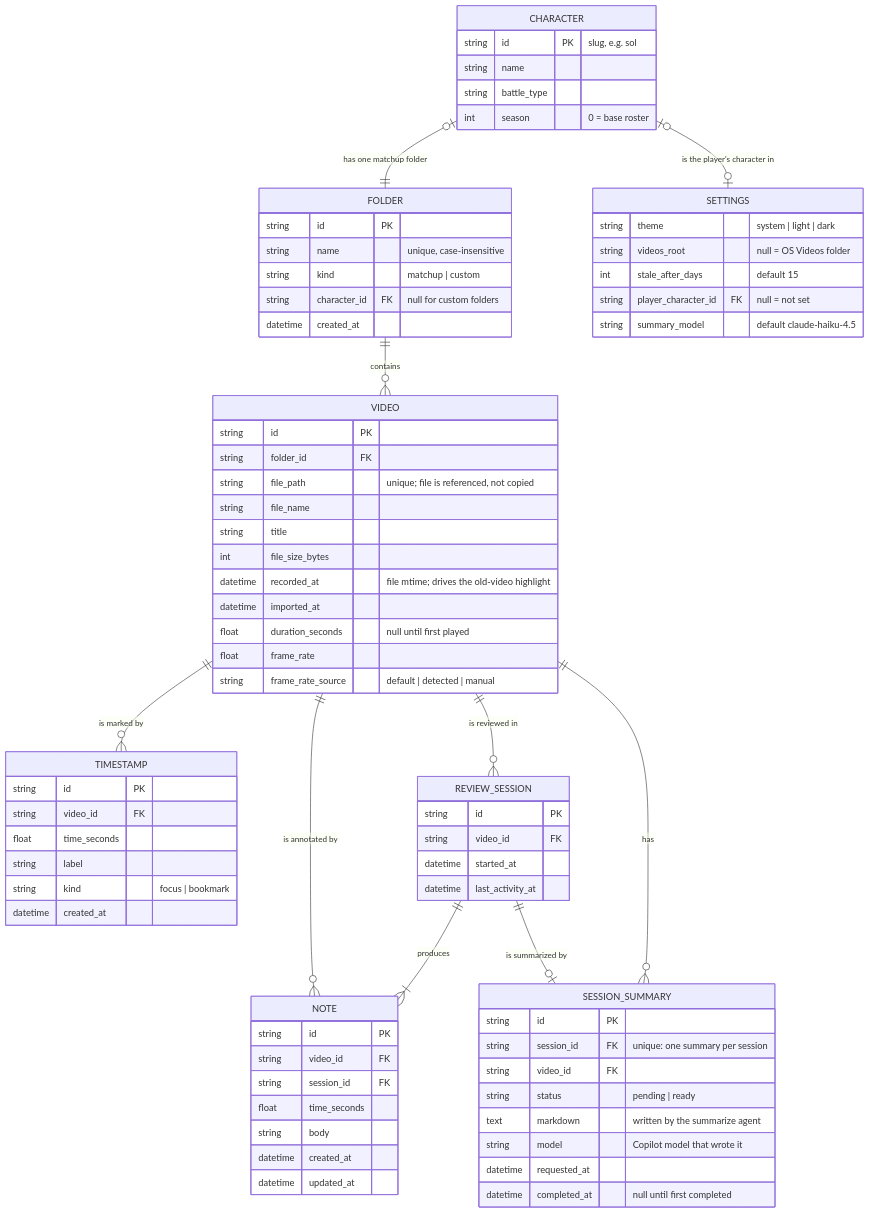
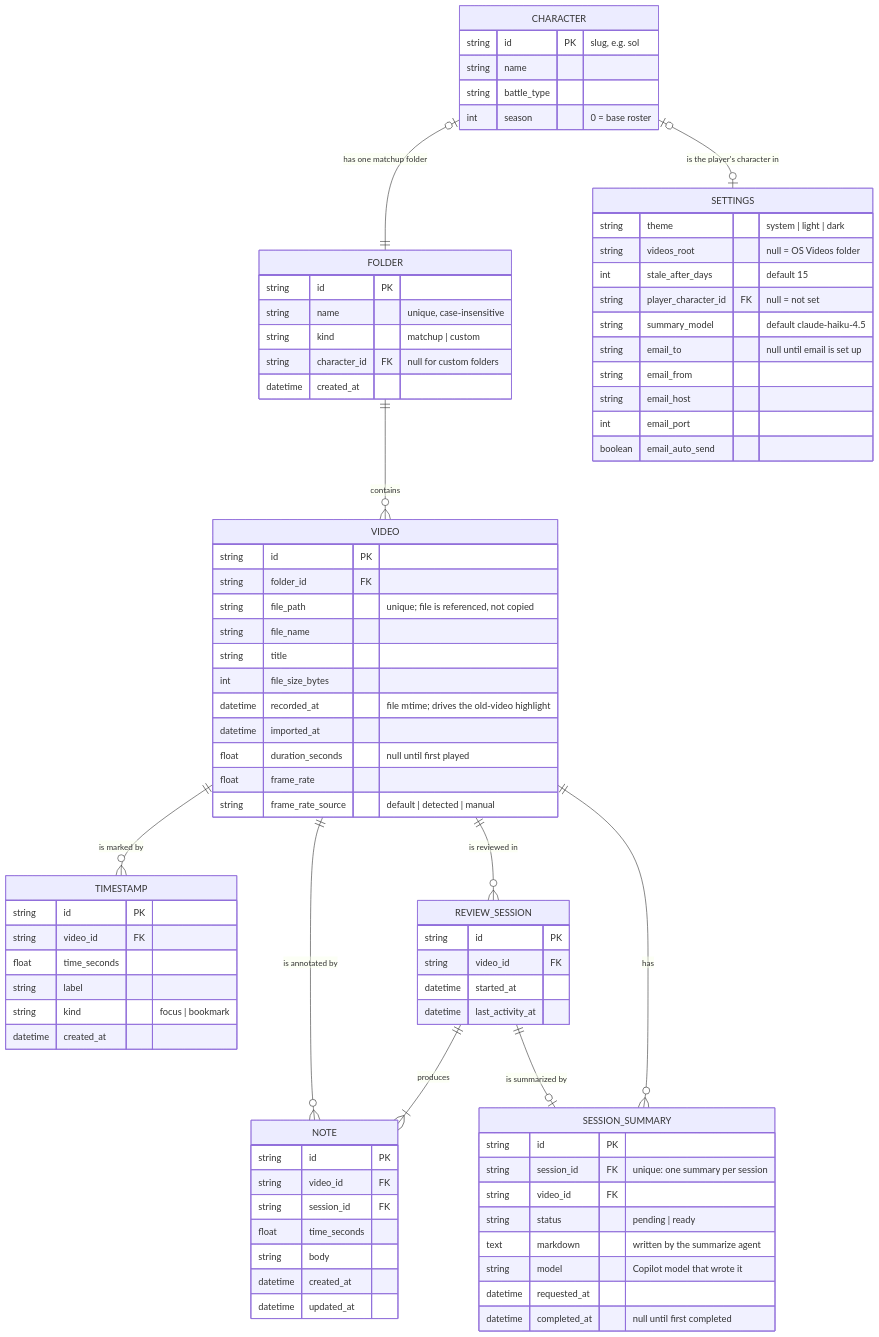
One commit to cynic04/vod-reviewer changed the diagram in docs/data-model.md. Above: the diagram before and after it, drawn with Mermaid. The commit also changed other lines of this file and 6 other files, not shown here.

Commit message:
docs: document summary emails, schema v3 and recent UI changes

````diff
--- a/docs/data-model.md
+++ b/docs/data-model.md
@@ -90,5 +90,10 @@
         int stale_after_days "default 15"
         string player_character_id FK "null = not set"
         string summary_model "default claude-haiku-4.5"
+        string email_to "null until email is set up"
+        string email_from
+        string email_host
+        int email_port
+        boolean email_auto_send
     }
 ```
````
